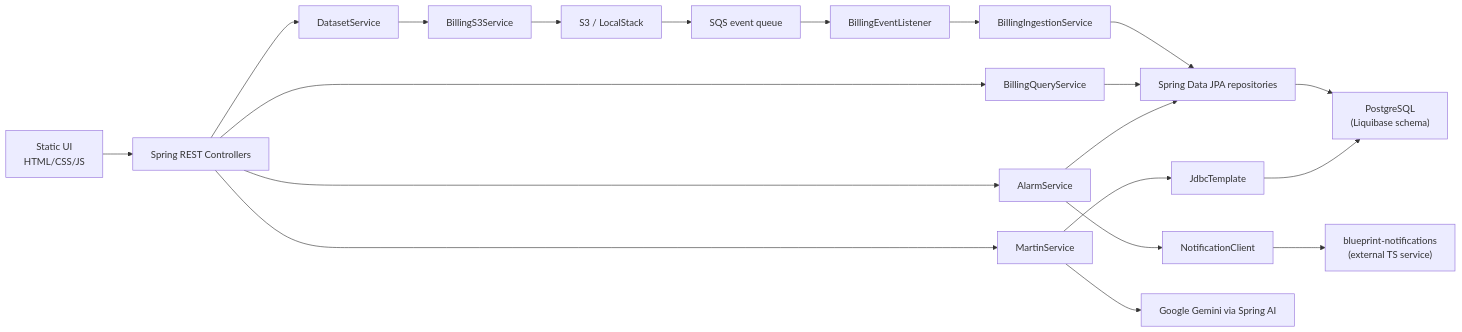
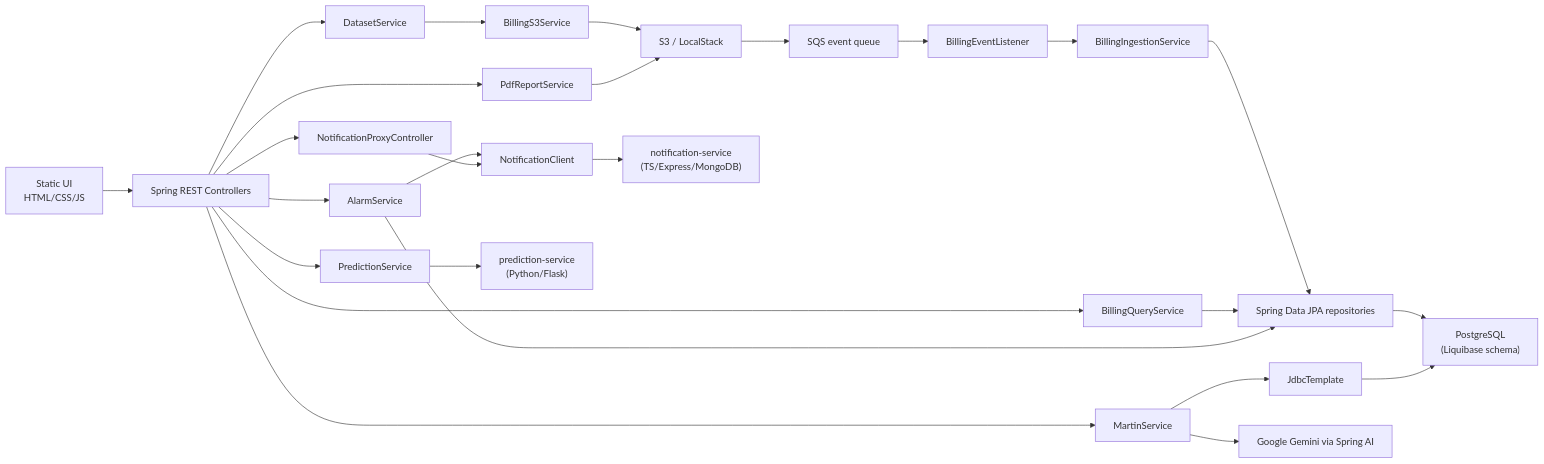
Before and after one commit to jawadazeem/Project-ETL: the second of 5 diagrams in docs/product-system-documentation.md, drawn with Mermaid. The commit also changed other lines of this file and 2 other files, not shown here.

````diff
--- a/docs/product-system-documentation.md
+++ b/docs/product-system-documentation.md
@@ -61,22 +81,28 @@
 ```mermaid
 flowchart LR
     StaticUI["Static UI\nHTML/CSS/JS"] --> Controllers["Spring REST Controllers"]
     Controllers --> DatasetService["DatasetService"]
     Controllers --> BillingService["BillingQueryService"]
     Controllers --> AlarmService["AlarmService"]
     Controllers --> MartinService["MartinService"]
+    Controllers --> PdfService["PdfReportService"]
+    Controllers --> PredService["PredictionService"]
+    Controllers --> NotifProxy["NotificationProxyController"]
     DatasetService --> S3Service["BillingS3Service"]
     S3Service --> S3["S3 / LocalStack"]
     S3 --> SQS["SQS event queue"]
     SQS --> Listener["BillingEventListener"]
     Listener --> Ingestion["BillingIngestionService"]
     Ingestion --> Repository["Spring Data JPA repositories"]
     BillingService --> Repository
     AlarmService --> Repository
     AlarmService --> NotifClient["NotificationClient"]
-    NotifClient --> NotifService["blueprint-notifications\n(external TS service)"]
+    NotifClient --> NotifService["notification-service\n(TS/Express/MongoDB)"]
+    NotifProxy --> NotifClient
+    PredService --> PredMicro["prediction-service\n(Python/Flask)"]
+    PdfService --> S3
     MartinService --> JDBC["JdbcTemplate"]
     MartinService --> Gemini["Google Gemini via Spring AI"]
     Repository --> DB["PostgreSQL\n(Liquibase schema)"]
     JDBC --> DB
 ```
````
